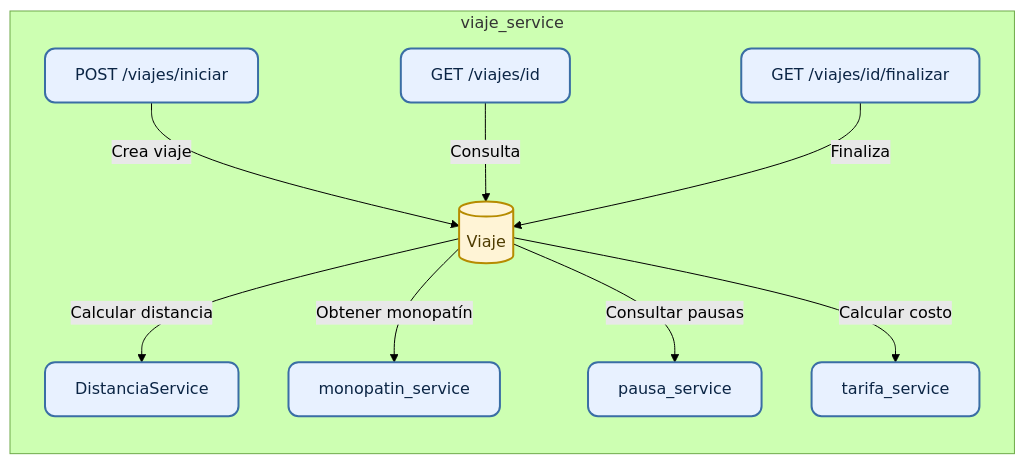
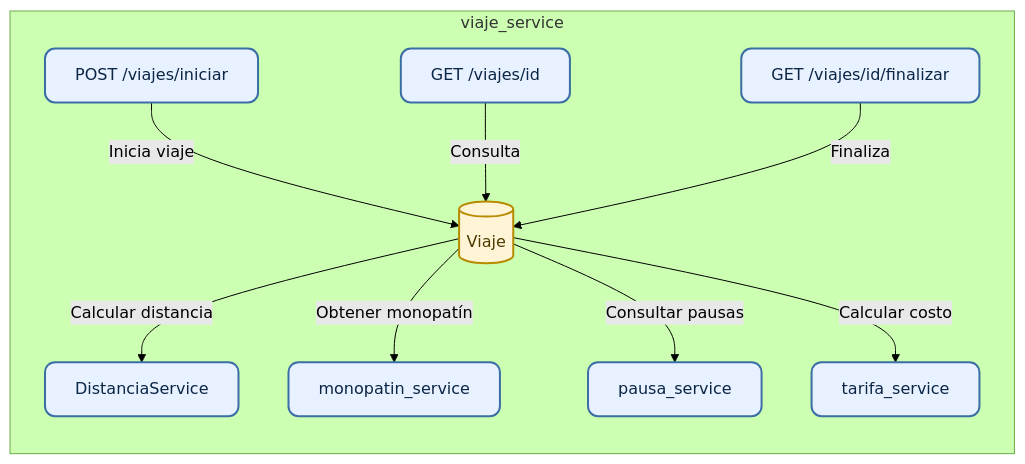
Before and after one commit to Melanie-SanRoman/arqui_web_tp4_grupo2_ms_viaje: the first of 2 diagrams in README.md, drawn with Mermaid (forest theme). The commit also changed other lines of this file, not shown here.

First line of the commit message:
Enhance README with Swagger documentation and diagram

````diff
--- a/README.md
+++ b/README.md
@@ -150,18 +154,18 @@
 ``` mermaid
 flowchart LR
 %% Estilos globales
 %% ----------------------------------------
 classDef service fill:#e8f1ff,stroke:#3a6ea5,stroke-width:2px,color:#0b2545,rx:10,ry:10;
 classDef db fill:#fff4d6,stroke:#b68b00,stroke-width:2px,color:#4e3b00,rx:10,ry:10;
 classDef op fill:#e2ffe9,stroke:#41a35a,stroke-width:2px,color:#1a4e26,rx:10,ry:10;
     subgraph Viaje_Service ["viaje_service"]
-        A1[POST /viajes/iniciar]:::service -->|Crea viaje| A2[(Viaje)]:::db
+        A1[POST /viajes/iniciar]:::service -->|Inicia viaje| A2[(Viaje)]:::db
         A3[GET /viajes/id]:::service -->|Consulta| A2
         A4[GET /viajes/id/finalizar]:::service -->|Finaliza| A2
 
         A2 -->|Calcular distancia| D[DistanciaService]:::service
         A2 -->|Obtener monopatín| M[monopatin_service]:::service
         A2 -->|Consultar pausas| P[pausa_service]:::service
         A2 -->|Calcular costo| T[tarifa_service]:::service
     end
 ```
````
